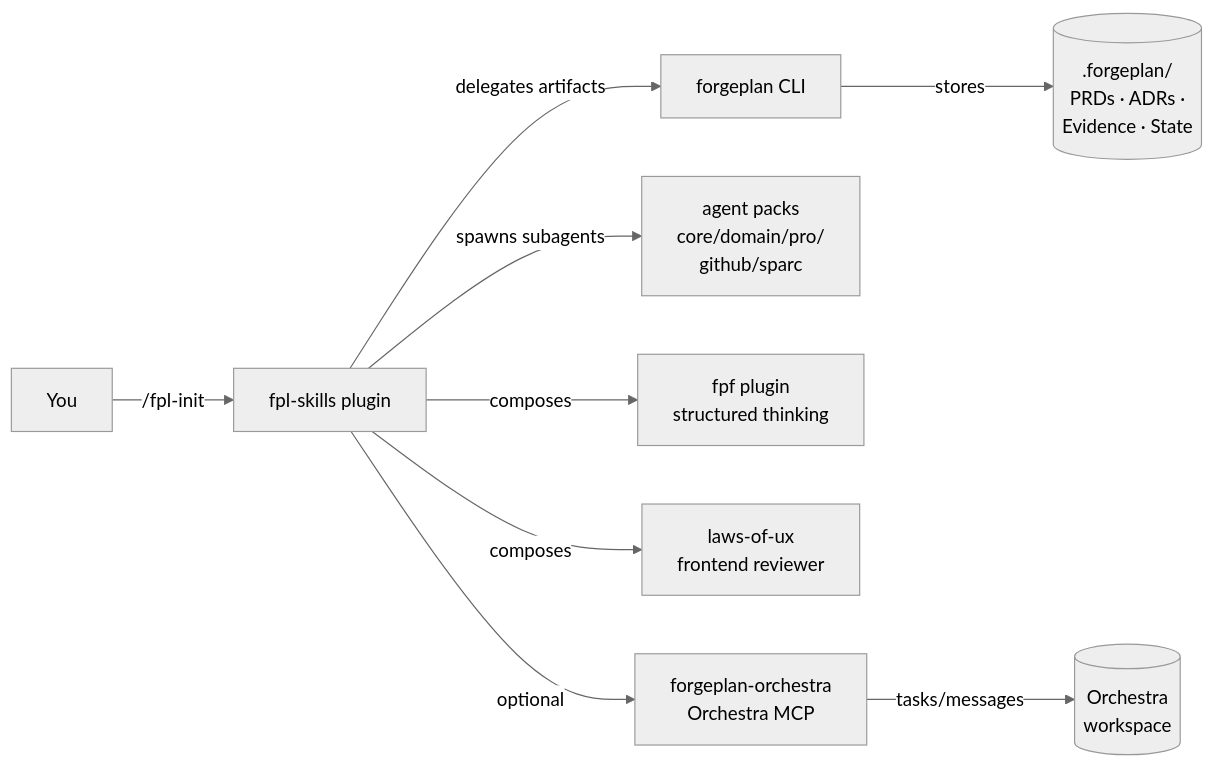
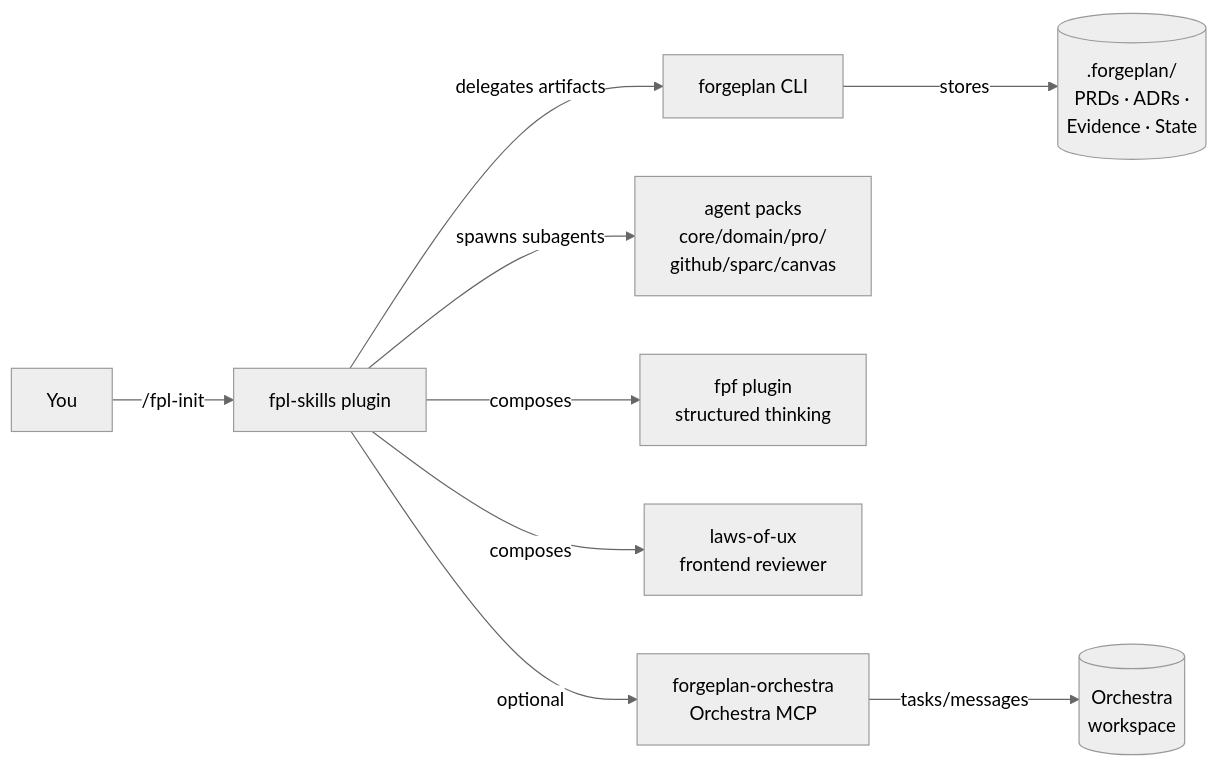
One commit to ForgePlan/marketplace changed the diagram in docs/DEVELOPER-JOURNEY.md. Above: the diagram before and after it, drawn with Mermaid (neutral theme). The commit also changed other lines of this file and 24 other files, not shown here.

First line of the commit message:
docs(canvas): CANVAS-completeness sync across marketplace docs + onboarding + methodology lists (fpl-skills v1.50.2)

````diff
--- a/docs/DEVELOPER-JOURNEY.md
+++ b/docs/DEVELOPER-JOURNEY.md
@@ -34,11 +34,11 @@
 ```mermaid
 flowchart LR
     you[You] -->|/fpl-init| fpl[fpl-skills plugin]
     fpl -->|delegates artifacts| forgeplan[forgeplan CLI]
-    fpl -->|spawns subagents| packs[agent packs<br/>core/domain/pro/<br/>github/sparc]
+    fpl -->|spawns subagents| packs[agent packs<br/>core/domain/pro/<br/>github/sparc/canvas]
     fpl -->|composes| fpf[fpf plugin<br/>structured thinking]
     fpl -->|composes| ux[laws-of-ux<br/>frontend reviewer]
     forgeplan -->|stores| fp[(.forgeplan/<br/>PRDs · ADRs ·<br/>Evidence · State)]
     fpl -->|optional| orchestra[forgeplan-orchestra<br/>Orchestra MCP]
     orchestra -->|tasks/messages| orch[(Orchestra<br/>workspace)]
 ```
````
